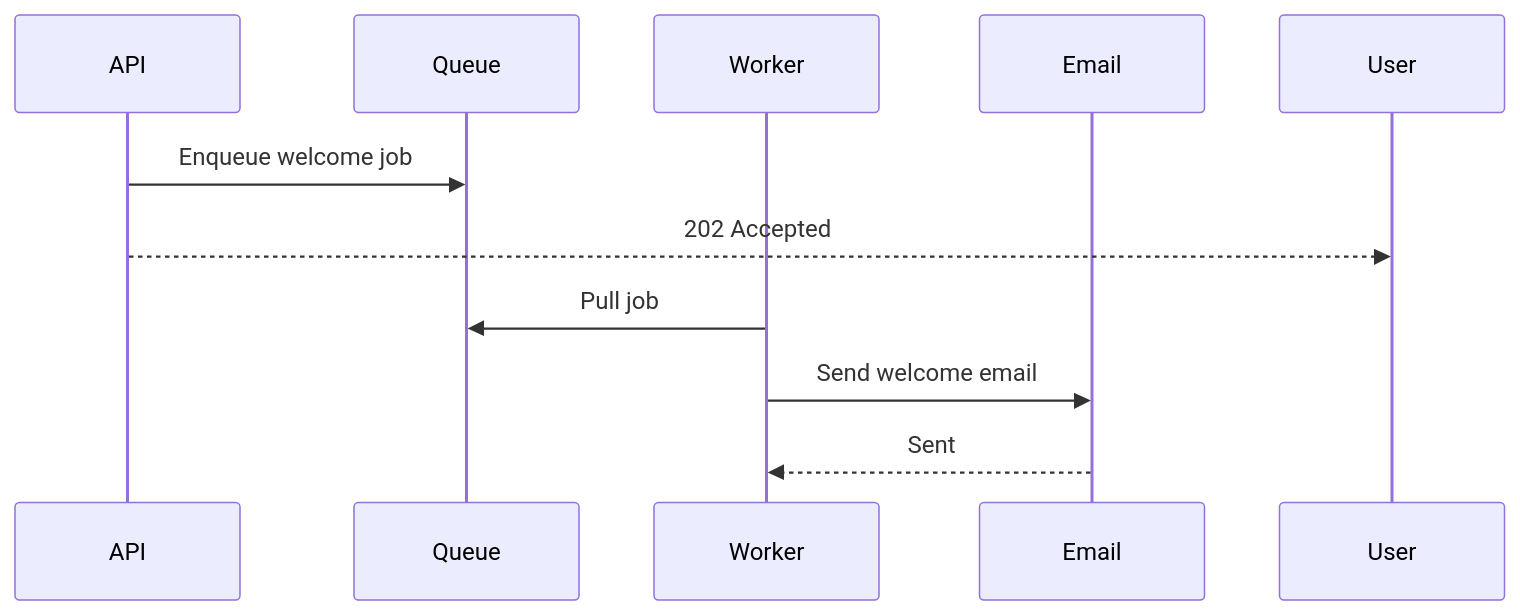
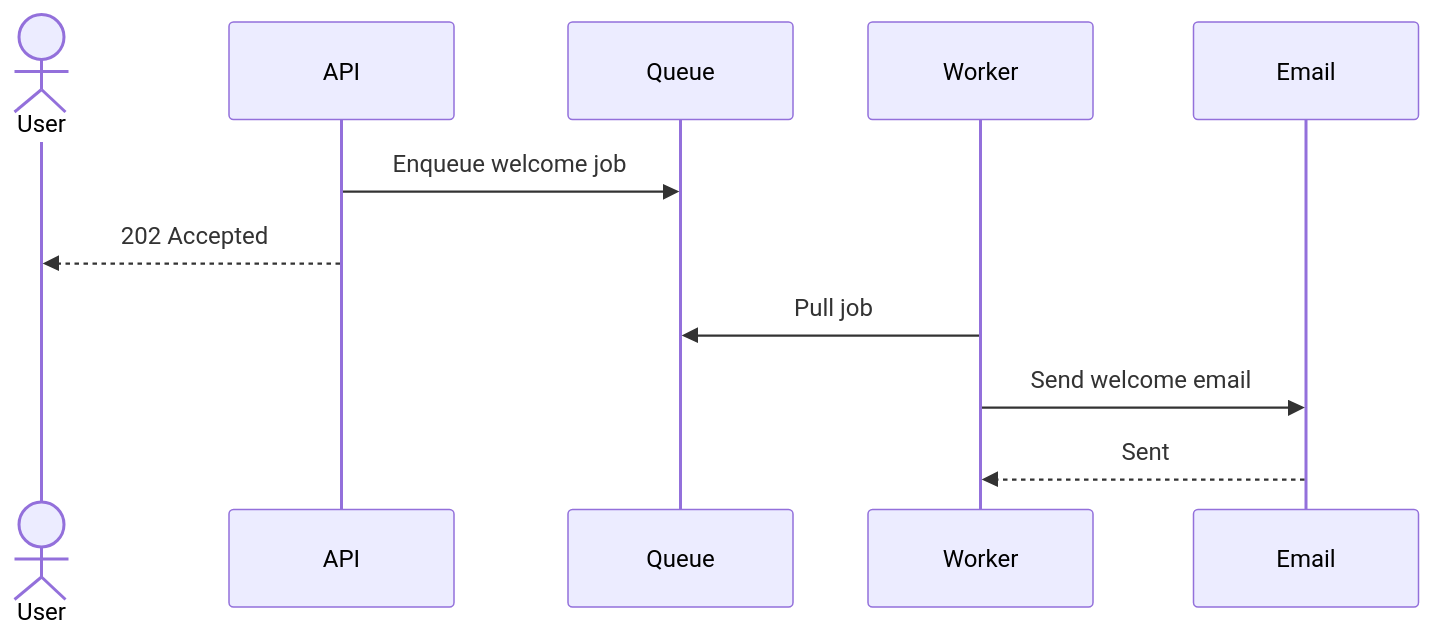
Before and after one commit to calamity-m/slop: the third of 4 diagrams in .config/skills/mermaid-diagram/diagrams/sequence.md, drawn with Mermaid. The commit also changed other lines of this file and 1 other file, not shown here.

First line of the commit message:
docs(mermaid-diagram): add sequence activations

````diff
--- a/.config/skills/mermaid-diagram/diagrams/sequence.md
+++ b/.config/skills/mermaid-diagram/diagrams/sequence.md
@@ -77,13 +84,14 @@
 ```mermaid
 sequenceDiagram
+    actor User
     participant API
     participant Queue
     participant Worker
     participant Email
 
     API->>Queue: Enqueue welcome job
     API-->>User: 202 Accepted
     Worker->>Queue: Pull job
     Worker->>Email: Send welcome email
     Email-->>Worker: Sent
 ```
````
